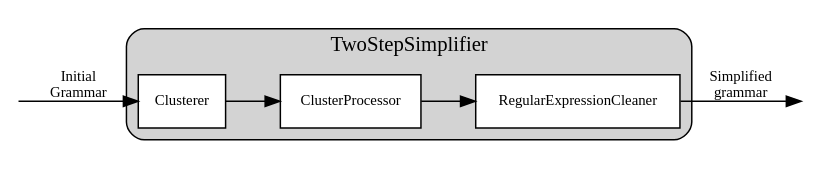
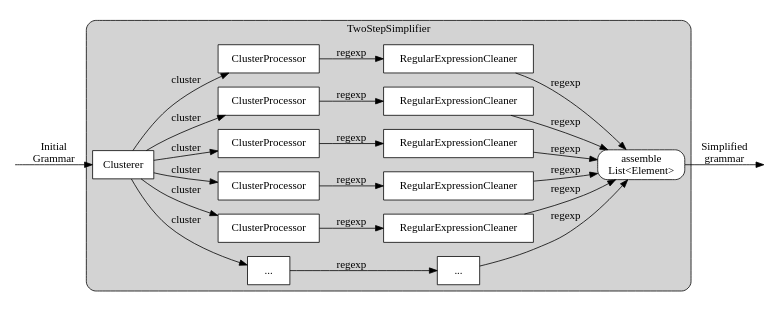
Before and after one commit to otmarjr/jInfer-fork: the diagram in doc/jInfer/twostep/twostep_flow.gv, drawn with Graphviz. The commit also changed 6 other files, not shown here.

```diff
--- a/doc/jInfer/twostep/twostep_flow.gv
+++ b/doc/jInfer/twostep/twostep_flow.gv
@@ -1,20 +1,50 @@
 digraph twostep_flow {
 	rankdir = LR;
-	node [shape = rectangle, fontname = "TeXGyrePagella-Regular", fontsize = 10, style = filled, fillcolor = white];
-	edge [fontname = "TeXGyrePagella-Regular", fontsize = 10];
+	node [shape = rectangle, fontname = "TeXGyrePagella-Regular", fontsize = 14, style = filled, fillcolor = white];
+	edge [fontname = "TeXGyrePagella-Regular", fontsize = 14];
+	size = "7.08, 7.08";
 
 	InitialGrammar [style = invis, label = "", width = 0 ];
 	SimplifiedGrammar [style = invis, label = "", width = 0];
 	
 subgraph cluster_0 {
+	fontsize = 14;
 	label ="TwoStepSimplifier";
 	style = "filled,rounded";
 	Clusterer;
-	ClusterProcessor;
-	RegularExpressionCleaner;
-	Clusterer -> ClusterProcessor;
-	ClusterProcessor -> RegularExpressionCleaner;
+	ClusterProcessor1 [label = "..."];
+	ClusterProcessor2 [label = "ClusterProcessor"];
+	ClusterProcessor3 [label = "ClusterProcessor"];
+	ClusterProcessor4 [label = "ClusterProcessor"];
+	ClusterProcessor5 [label = "ClusterProcessor"];
+	ClusterProcessor7 [label = "ClusterProcessor"];
+	RegularExpressionCleaner1 [label = "..."];
+	RegularExpressionCleaner2 [label = "RegularExpressionCleaner"];
+	RegularExpressionCleaner3 [label = "RegularExpressionCleaner"];
+	RegularExpressionCleaner4 [label = "RegularExpressionCleaner"];
+	RegularExpressionCleaner5 [label = "RegularExpressionCleaner"];
+	RegularExpressionCleaner7 [label = "RegularExpressionCleaner"];
+	Assembled [style = "filled,rounded", label = "assemble\nList<Element>"];
+
+	Clusterer -> ClusterProcessor1 [label = "cluster"];
+	Clusterer -> ClusterProcessor2 [label = "cluster"];
+	Clusterer -> ClusterProcessor3 [label = "cluster"];
+	Clusterer -> ClusterProcessor4 [label = "cluster"];
+	Clusterer -> ClusterProcessor5 [label = "cluster"];
+	Clusterer -> ClusterProcessor7 [label = "cluster"];
+	ClusterProcessor1 -> RegularExpressionCleaner1 [label = "regexp"];
+	ClusterProcessor2 -> RegularExpressionCleaner2 [label = "regexp"];
+	ClusterProcessor3 -> RegularExpressionCleaner3 [label = "regexp"];
+	ClusterProcessor4 -> RegularExpressionCleaner4 [label = "regexp"];
+	ClusterProcessor5 -> RegularExpressionCleaner5 [label = "regexp"];
+	ClusterProcessor7 -> RegularExpressionCleaner7 [label = "regexp"];
+	RegularExpressionCleaner1 -> Assembled [label = "regexp"];
+	RegularExpressionCleaner2 -> Assembled [label = "regexp"];
+	RegularExpressionCleaner3 -> Assembled [label = "regexp"];
+	RegularExpressionCleaner4 -> Assembled [label = "regexp"];
+	RegularExpressionCleaner5 -> Assembled [label = "regexp"];
+	RegularExpressionCleaner7 -> Assembled [label = "regexp"];
 }
 	InitialGrammar -> Clusterer [label = "Initial\nGrammar"];
-	RegularExpressionCleaner -> SimplifiedGrammar [label = "Simplified\ngrammar"];
+	Assembled -> SimplifiedGrammar [label = "Simplified\ngrammar"];
 }
```
